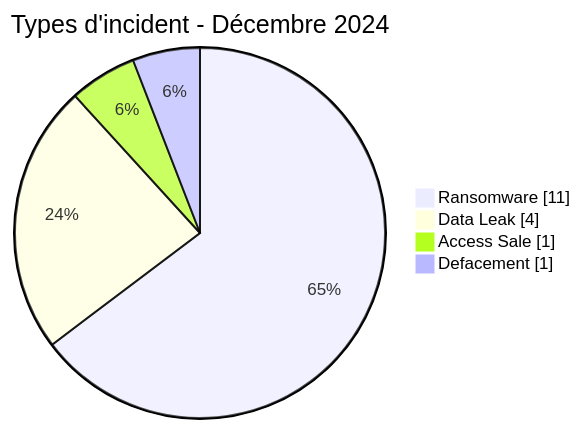
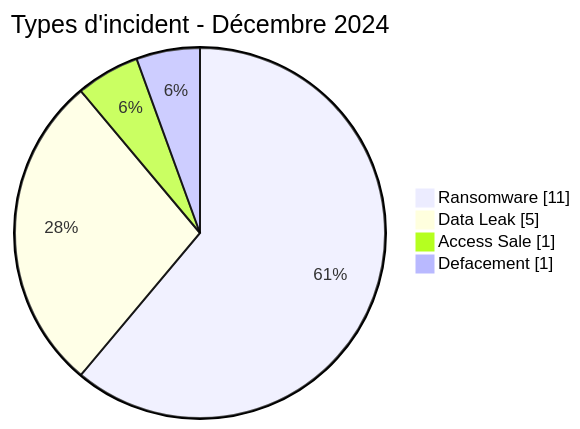
One commit to Hatchepsoute/AFRINTEL changed the first of 2 diagrams in CyberAttackAfrica/2024/12-december/README_FR.md. Above: the diagram before and after it, drawn with Mermaid. The commit also changed other lines of this file and 401 other files, not shown here.

````diff
--- a/CyberAttackAfrica/2024/12-december/README_FR.md
+++ b/CyberAttackAfrica/2024/12-december/README_FR.md
@@ -53,8 +53,8 @@
 ```mermaid
 pie showData
     title Types d'incident - Décembre 2024
     "Ransomware" : 11
-    "Data Leak" : 4
+    "Data Leak" : 5
     "Access Sale" : 1
     "Defacement" : 1
 ```
````
